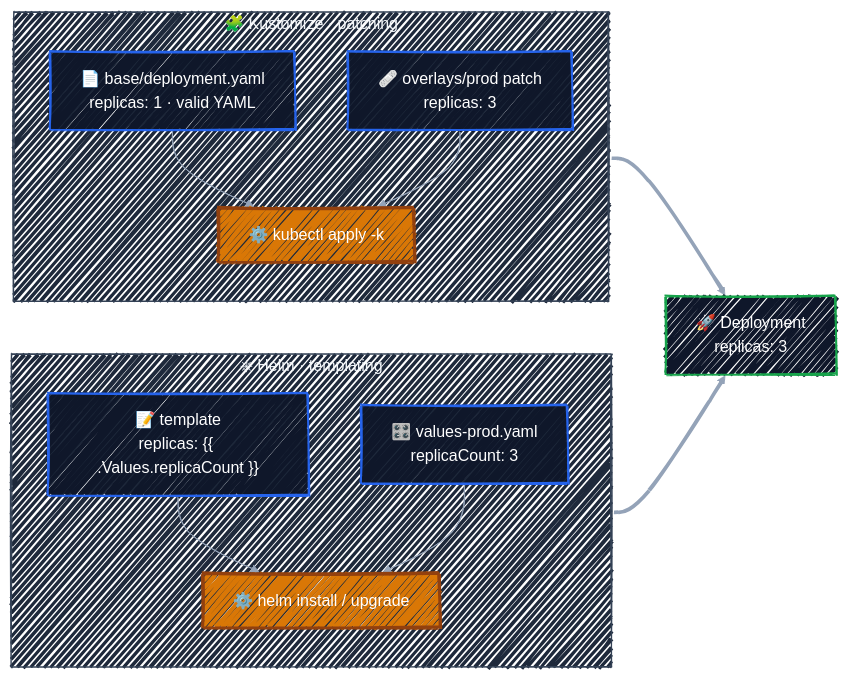
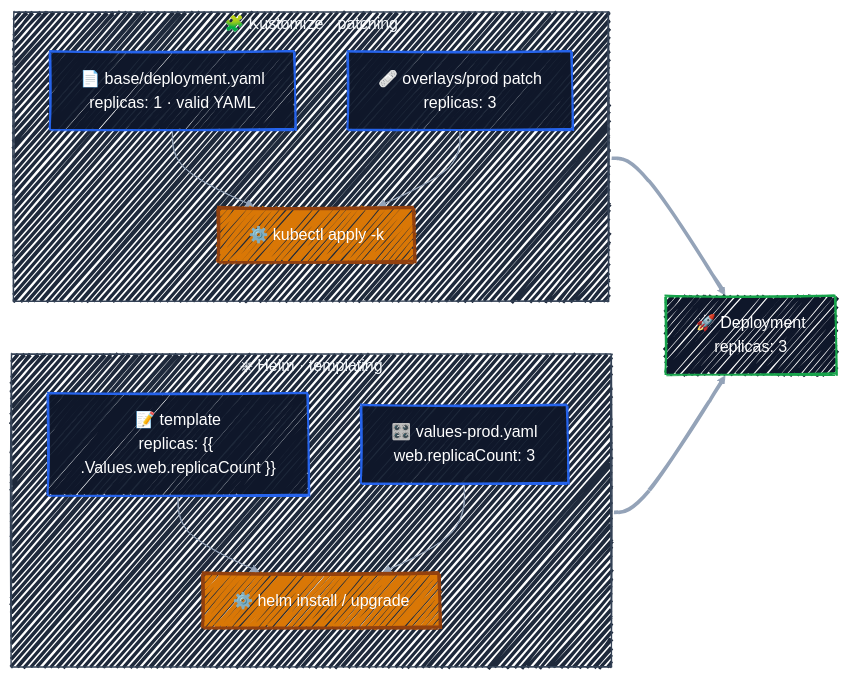
The diagram in docs/helm-intro/helm-vs-kustomize.md (r97221004/helm-tutorial), drawn with Mermaid before and after one commit. The commit also changed other lines of this file, not shown here.

First line of the commit message:
docs: show full YAML for Helm vs. Kustomize

````diff
--- a/docs/helm-intro/helm-vs-kustomize.md
+++ b/docs/helm-intro/helm-vs-kustomize.md
@@ -11,46 +11,46 @@
 ```mermaid
 ---
 config:
   look: handDrawn
   theme: default
   themeVariables:
     fontFamily: '"Comic Sans MS", "Comic Sans", "Segoe Print", "Bradley Hand", cursive'
     clusterBkg: '#FAFAFA'
     clusterBorder: '#94A3B8'
     lineColor: '#94A3B8'
     edgeLabelBackground: '#475569'
   themeCSS: |
     .edgeLabel, .edgeLabel p, .edgeLabel span { color: #FFFFFF !important; }
 ---
 flowchart LR
     subgraph helm["⎈ Helm · templating"]
         direction TB
-        t["📝 template<br/>replicas: {{ .Values.replicaCount }}"]
-        v["🎛️ values-prod.yaml<br/>replicaCount: 3"]
+        t["📝 template<br/>replicas: #123;#123; .Values.web.replicaCount #125;#125;"]
+        v["🎛️ values-prod.yaml<br/>web.replicaCount: 3"]
         h["⚙️ helm install / upgrade"]
         t --> h
         v --> h
     end
 
     subgraph kust["🧩 Kustomize · patching"]
         direction TB
         b["📄 base/deployment.yaml<br/>replicas: 1 · valid YAML"]
         p["🩹 overlays/prod patch<br/>replicas: 3"]
         k["⚙️ kubectl apply -k"]
         b --> k
         p --> k
     end
 
     out["🚀 Deployment<br/>replicas: 3"]
     h ==> out
     k ==> out
 
     classDef ctrl fill:#0F172A,stroke:#2563EB,stroke-width:2px,color:#FFFFFF
     classDef eng fill:#D97706,stroke:#92400E,stroke-width:3px,color:#FFFFFF
     classDef tgt fill:#0F172A,stroke:#16A34A,stroke-width:2px,color:#FFFFFF
     class t,v,b,p ctrl
     class h,k eng
     class out tgt
     style helm fill:#1E293B,stroke:#334155,color:#F1F5F9,fillStyle:solid
     style kust fill:#1E293B,stroke:#334155,color:#F1F5F9,fillStyle:solid
 ```
````
